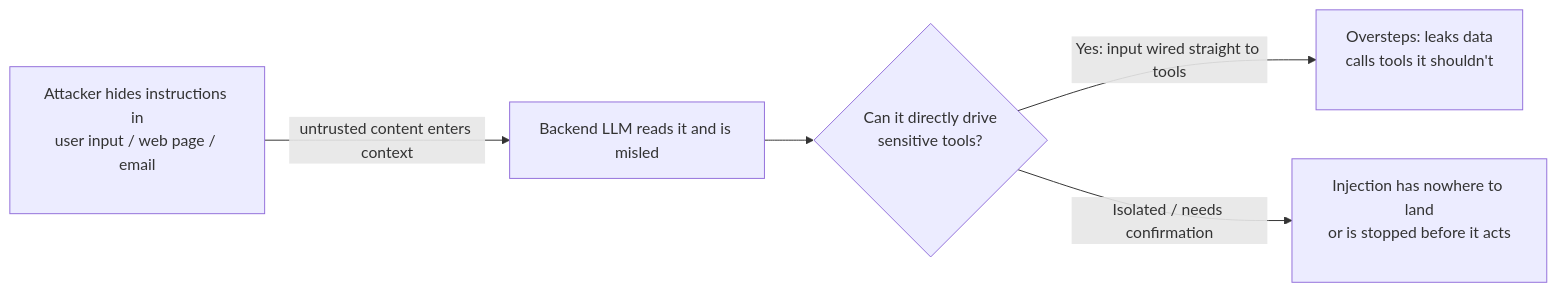
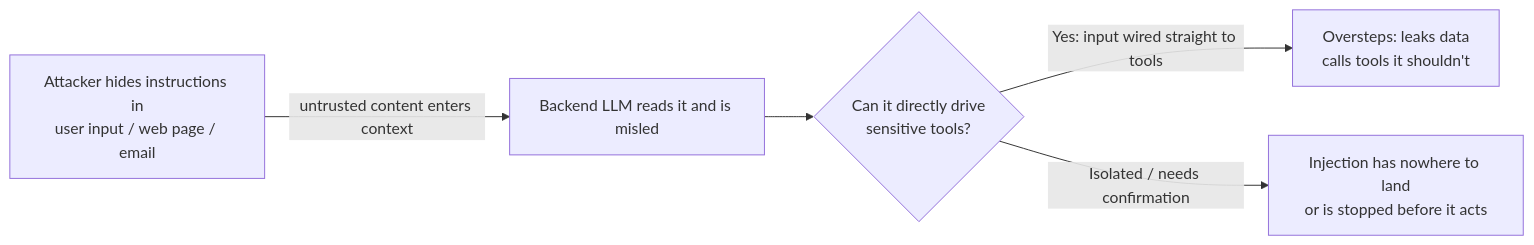
One commit to XuebinMa/AIWiki changed the diagram in i18n/en/docusaurus-plugin-content-docs/current/07-acceptance-release/prompt-injection-release.mdx. Above: the diagram before and after it, drawn with Mermaid. The commit also changed 99 other files, not shown here.

First line of the commit message:
fix(mermaid): 全局根治节点文字裁切（htmlLabels:false + 清理 br/nbsp 占位）(#26)

````diff
--- a/i18n/en/docusaurus-plugin-content-docs/current/07-acceptance-release/prompt-injection-release.mdx
+++ b/i18n/en/docusaurus-plugin-content-docs/current/07-acceptance-release/prompt-injection-release.mdx
@@ -42,7 +42,7 @@
 ```mermaid
 flowchart LR
-    A[Attacker hides instructions in<br/>user input / web page / email<br/>&nbsp;] -->|untrusted content enters context| B[Backend LLM reads it and is misled]
-    B --> C{Can it directly drive<br/>sensitive tools?<br/>&nbsp;}
-    C -->|Yes: input wired straight to tools| D[Oversteps: leaks data<br/>calls tools it shouldn't<br/>&nbsp;]
-    C -->|Isolated / needs confirmation| E[Injection has nowhere to land<br/>or is stopped before it acts<br/>&nbsp;]
+    A[Attacker hides instructions in<br/>user input / web page / email] -->|untrusted content enters context| B[Backend LLM reads it and is misled]
+    B --> C{Can it directly drive<br/>sensitive tools?}
+    C -->|Yes: input wired straight to tools| D[Oversteps: leaks data<br/>calls tools it shouldn't]
+    C -->|Isolated / needs confirmation| E[Injection has nowhere to land<br/>or is stopped before it acts]
 ```
````
